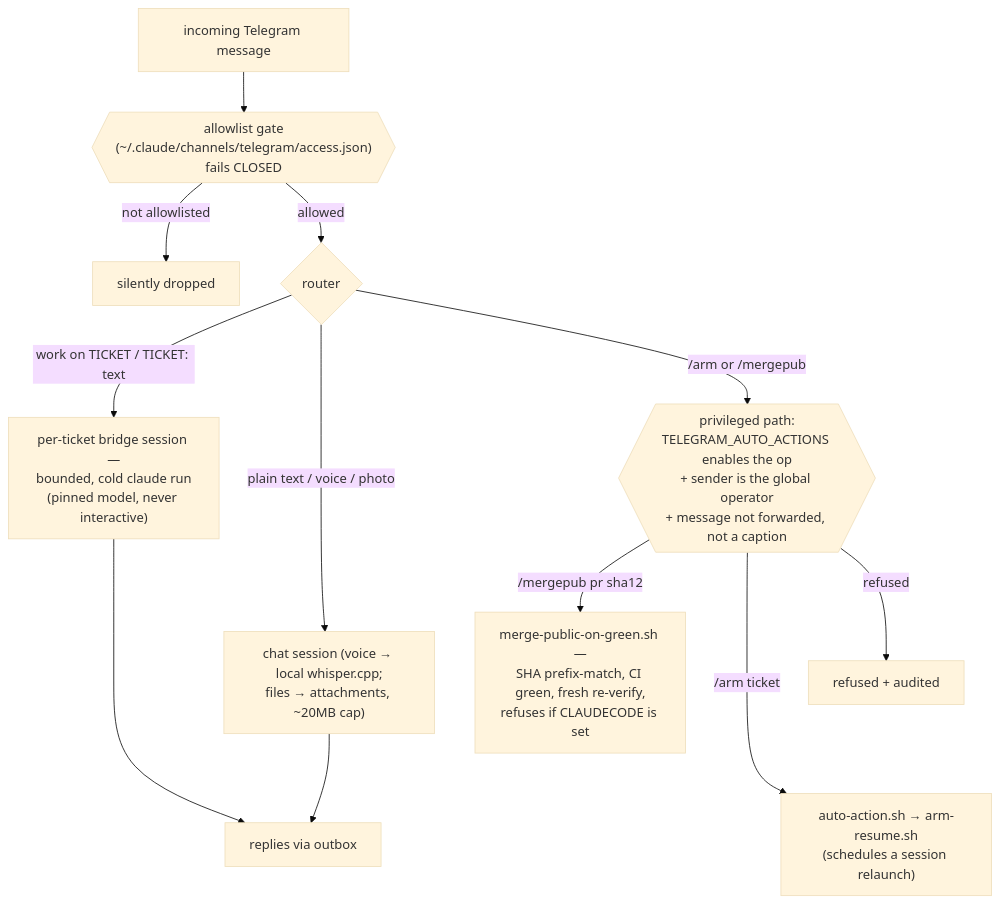
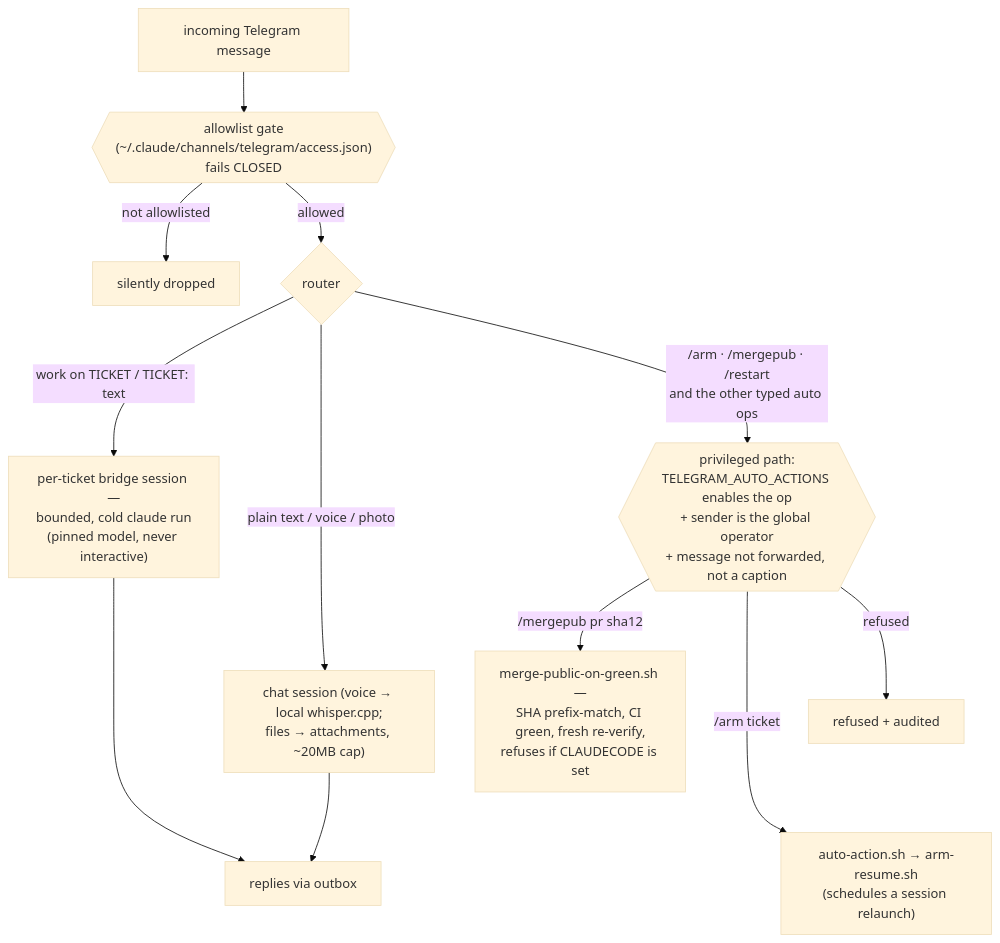
The third of 4 diagrams in docs/configuration.md (yotamleo-org/Himmel), drawn with Mermaid (base theme) before and after one commit. The commit also changed other lines of this file and 1 other file, not shown here.

First line of the commit message:
docs(docs-site): [HIMMEL-7480] every diagram names what the code at HEAD has

````diff
--- a/docs/configuration.md
+++ b/docs/configuration.md
@@ -232,16 +232,16 @@
 ```mermaid
 flowchart TD
     MSG["incoming Telegram message"] --> GATE{{"allowlist gate<br/>(~/.claude/channels/telegram/access.json)<br/>fails CLOSED"}}
     GATE -->|not allowlisted| DROP["silently dropped"]
     GATE -->|allowed| ROUTE{"router"}
     ROUTE -->|"work on TICKET / TICKET: text"| SESS["per-ticket bridge session —<br/>bounded, cold claude run<br/>(pinned model, never interactive)"]
     ROUTE -->|"plain text / voice / photo"| CHAT["chat session (voice → local whisper.cpp;<br/>files → attachments, ~20MB cap)"]
-    ROUTE -->|"/arm or /mergepub"| PRIV{{"privileged path:<br/>TELEGRAM_AUTO_ACTIONS enables the op<br/>+ sender is the global operator<br/>+ message not forwarded, not a caption"}}
+    ROUTE -->|"/arm · /mergepub · /restart<br/>and the other typed auto ops"| PRIV{{"privileged path:<br/>TELEGRAM_AUTO_ACTIONS enables the op<br/>+ sender is the global operator<br/>+ message not forwarded, not a caption"}}
     PRIV -->|refused| AUDIT["refused + audited"]
     PRIV -->|"/arm ticket"| ARM["auto-action.sh → arm-resume.sh<br/>(schedules a session relaunch)"]
     PRIV -->|"/mergepub pr sha12"| MPUB["merge-public-on-green.sh —<br/>SHA prefix-match, CI green, fresh re-verify,<br/>refuses if CLAUDECODE is set"]
     AUDIT ~~~ ARM
     SESS ~~~ CHAT
     SESS --> OUT["replies via outbox"]
     CHAT --> OUT
 ```
````
